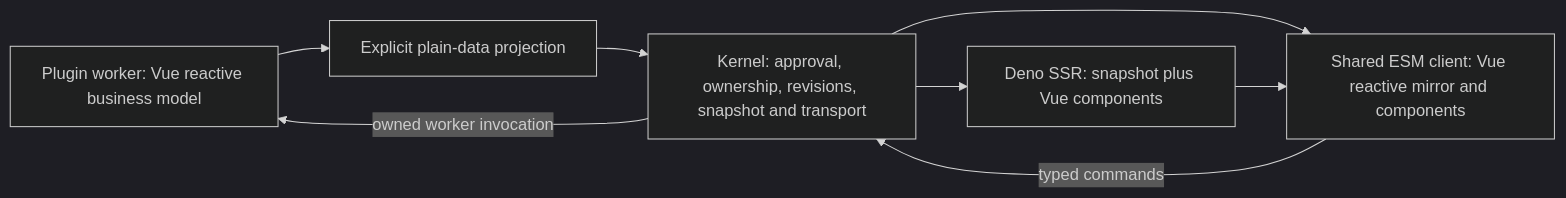
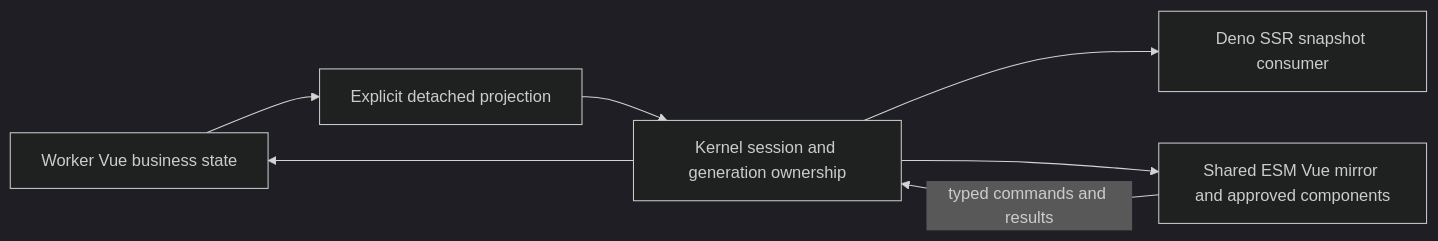
One commit to ghostflyby/Maieutics changed the diagram in docs/vue-reactive-ui-migration.md. Above: the diagram before and after it, drawn with Mermaid (dark theme). The commit also changed other lines of this file and 91 other files, not shown here.

````diff
--- a/docs/vue-reactive-ui-migration.md
+++ b/docs/vue-reactive-ui-migration.md
@@ -61,10 +38,9 @@
 ```mermaid
 flowchart LR
-    W[Plugin worker: Vue reactive business model] --> P[Explicit plain-data projection]
-    P --> K[Kernel: approval, ownership, revisions, snapshot and transport]
-    K --> S[Deno SSR: snapshot plus Vue components]
-    K --> B[Shared ESM client: Vue reactive mirror and components]
-    S --> B
-    B -->|typed commands| K
-    K -->|owned worker invocation| W
+    W[Worker Vue business state] --> P[Explicit detached projection]
+    P --> K[Kernel session and generation ownership]
+    K --> S[Deno SSR snapshot consumer]
+    K --> B[Shared ESM Vue mirror and approved components]
+    B -->|typed commands and results| K
+    K --> W
 ```
````
